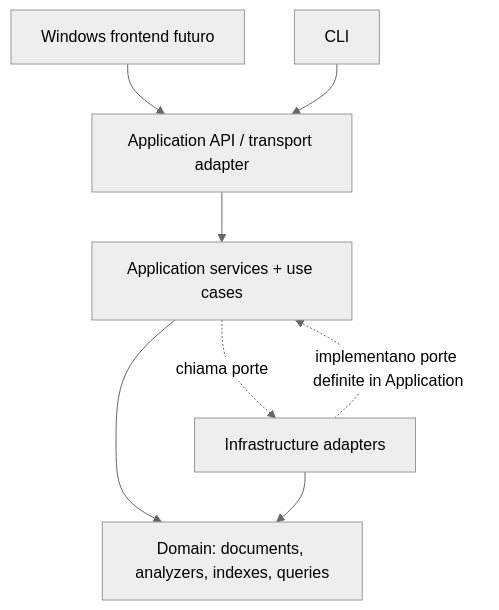
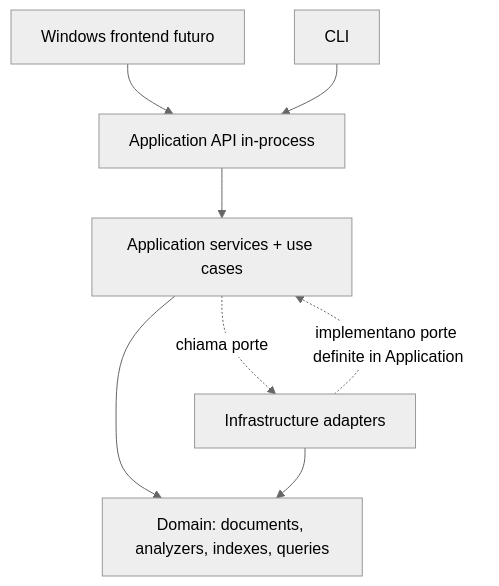
One commit to Forest904/local-document-search changed the first of 2 diagrams in docs/ARCHITECTURE.md. Above: the diagram before and after it, drawn with Mermaid (neutral theme). The commit also changed other lines of this file and 25 other files, not shown here.

First line of the commit message:
docs: definisce la roadmap operativa dalla CLI alla v1 desktop

````diff
--- a/docs/ARCHITECTURE.md
+++ b/docs/ARCHITECTURE.md
@@ -15,10 +15,10 @@
 ```mermaid
 flowchart TB
-  UI[Windows frontend futuro] --> API[Application API / transport adapter]
+  UI[Windows frontend futuro] --> API[Application API in-process]
   CLI[CLI] --> API
   API --> APP[Application services + use cases]
   APP --> DOM[Domain: documents, analyzers, indexes, queries]
   INF[Infrastructure adapters] -. implementano porte definite in Application .-> APP
   INF --> DOM
   APP -. chiama porte .-> INF
 ```
````
